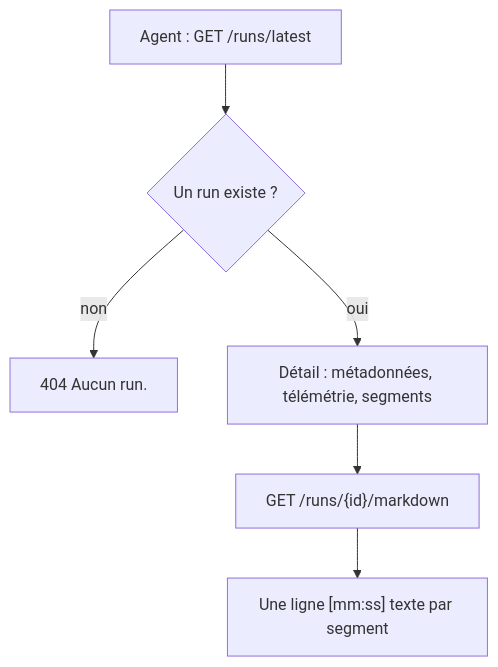
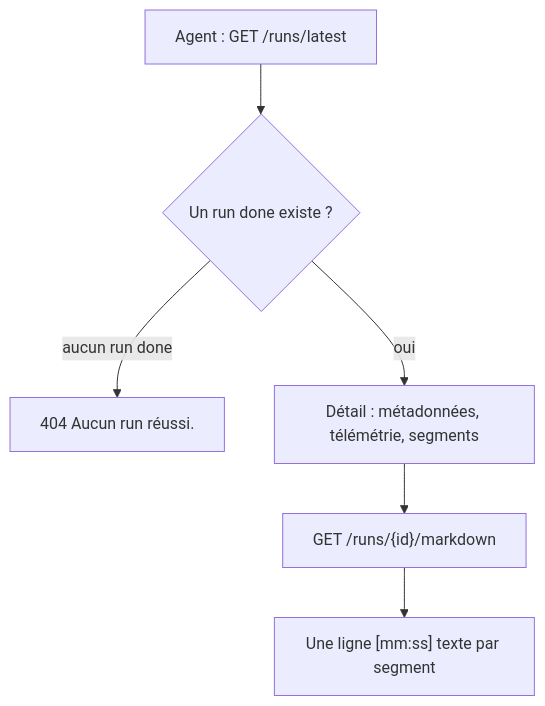
The first of 2 diagrams in aidd_docs/tasks/2026_10/2026_10_12_list-runs/phase-1.md (kevpdev/yt-transcriber), drawn with Mermaid before and after one commit. The commit also changed other lines of this file and 4 other files, not shown here.

````diff
--- a/aidd_docs/tasks/2026_10/2026_10_12_list-runs/phase-1.md
+++ b/aidd_docs/tasks/2026_10/2026_10_12_list-runs/phase-1.md
@@ -26,8 +26,8 @@
 ```mermaid
 flowchart TD
-  A["Agent : GET /runs/latest"] --> B{"Un run existe ?"}
-  B -->|"non"| C["404 Aucun run."]
+  A["Agent : GET /runs/latest"] --> B{"Un run done existe ?"}
+  B -->|"aucun run done"| C["404 Aucun run réussi."]
   B -->|"oui"| D["Détail : métadonnées, télémétrie, segments"]
   D --> E["GET /runs/{id}/markdown"]
   E --> F["Une ligne [mm:ss] texte par segment"]
 ```
````
